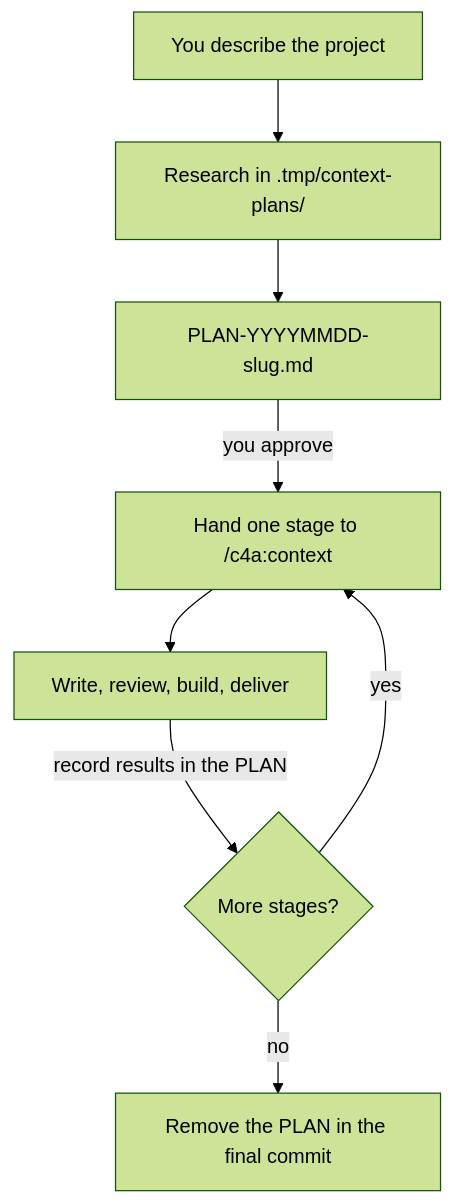
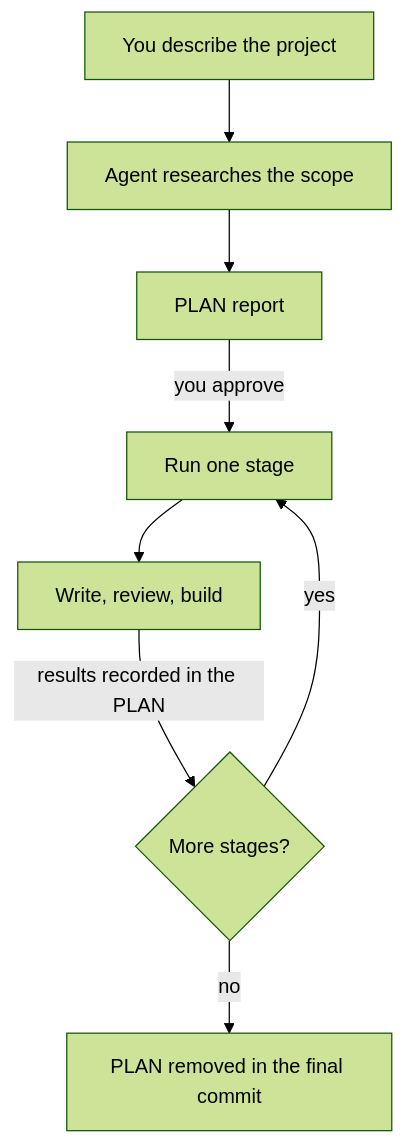
One commit to context4ai/portal changed the diagram in knowledge/sop/planning-and-production/planning-large-projects.md. Above: the diagram before and after it, drawn with Mermaid (forest theme). The commit also changed other lines of this file and 129 other files, not shown here.

````diff
--- a/knowledge/sop/planning-and-production/planning-large-projects.md
+++ b/knowledge/sop/planning-and-production/planning-large-projects.md
@@ -14,10 +14,10 @@
 ```mermaid
 flowchart TD
-  ask["You describe the project"] --> research["Research in .tmp/context-plans/"]
-  research --> plan["PLAN-YYYYMMDD-slug.md"]
-  plan -->|"you approve"| stage["Hand one stage to /c4a:context"]
-  stage --> deliver["Write, review, build, deliver"]
-  deliver -->|"record results in the PLAN"| next{"More stages?"}
+  ask["You describe the project"] --> research["Agent researches the scope"]
+  research --> plan["PLAN report"]
+  plan -->|"you approve"| stage["Run one stage"]
+  stage --> deliver["Write, review, build"]
+  deliver -->|"results recorded in the PLAN"| next{"More stages?"}
   next -->|yes| stage
-  next -->|no| close["Remove the PLAN in the final commit"]
+  next -->|no| close["PLAN removed in the final commit"]
 ```
````
